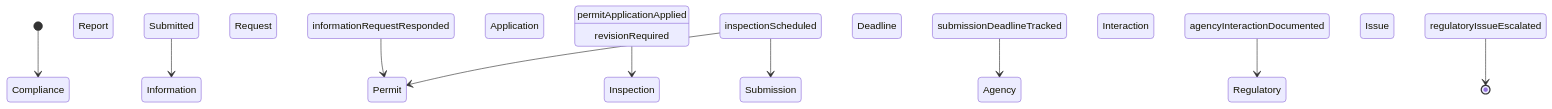
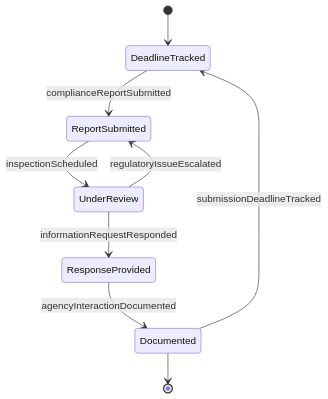
Before and after one commit to dot-org-ai/tasks.org.ai: the second of 4 diagrams in CommunicatingWithSupervisorsPeersOrSubordinates/CoordinateActivitiesWithClientsAgenciesOrOrganizations/CommunicateGovernmentAgencies.mdx, drawn with Mermaid. The commit also changed other lines of this file and 515 other files, not shown here.

````diff
--- a/CommunicatingWithSupervisorsPeersOrSubordinates/CoordinateActivitiesWithClientsAgenciesOrOrganizations/CommunicateGovernmentAgencies.mdx
+++ b/CommunicatingWithSupervisorsPeersOrSubordinates/CoordinateActivitiesWithClientsAgenciesOrOrganizations/CommunicateGovernmentAgencies.mdx
@@ -100,12 +100,11 @@
 ```mermaid
 stateDiagram-v2
-    [*] --> Compliance Report Submitted
-    Compliance Report Submitted --> Information Request Responded : informationRequestResponded
-    Information Request Responded --> Permit Application Applied : permitApplicationApplied
-    Permit Application Applied --> Inspection Scheduled : inspectionScheduled
-    Inspection Scheduled --> Submission Deadline Tracked : submissionDeadlineTracked
-    Submission Deadline Tracked --> Agency Interaction Documented : agencyInteractionDocumented
-    Agency Interaction Documented --> Regulatory Issue Escalated : regulatoryIssueEscalated
-    Inspection Scheduled --> Permit Application Applied : revisionRequired
-    Regulatory Issue Escalated --> [*]
+    [*] --> DeadlineTracked
+    DeadlineTracked --> ReportSubmitted : complianceReportSubmitted
+    ReportSubmitted --> UnderReview : inspectionScheduled
+    UnderReview --> ResponseProvided : informationRequestResponded
+    ResponseProvided --> Documented : agencyInteractionDocumented
+    Documented --> DeadlineTracked : submissionDeadlineTracked
+    UnderReview --> ReportSubmitted : regulatoryIssueEscalated
+    Documented --> [*]
 ```
````
